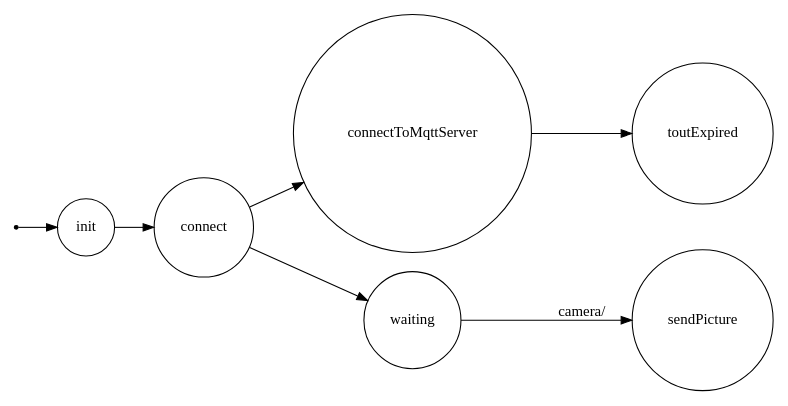
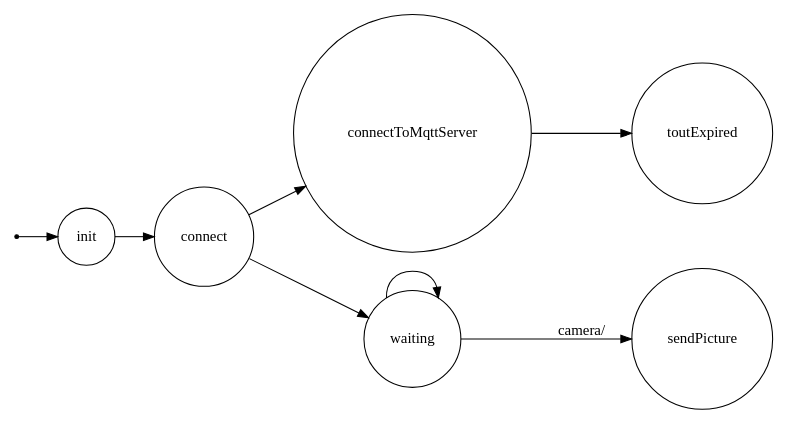
One commit to piercosta/mengoli changed the diagram in src/dist/srcMore/it/unibo/camera/dotFsm.gv. Above: the diagram before and after it, drawn with Graphviz. The commit also changed 50 other files, not shown here.

```diff
--- a/src/dist/srcMore/it/unibo/camera/dotFsm.gv
+++ b/src/dist/srcMore/it/unibo/camera/dotFsm.gv
@@ -1,27 +1,28 @@
 /*
 *
 * A GraphViz DOT FSM description 
 * Please use a GraphViz visualizer (like http://www.webgraphviz.com)
 * 
 * Generated by AM,NC,RM
 *  
 */
  
 digraph finite_state_machine {
   	rankdir=LR;
   	size="8,5"
   	node [shape = point]; iniziale;
   	node [shape = doublecircle]; 
   	node [shape = circle];
   	iniziale -> init [label = ""];
   	
   	
   	init -> connect [ label = ""];
   	
   	connect -> connectToMqttServer [ label = ""];
   	connect -> waiting [ label = ""];
   	
+  	waiting -> waiting [ label = ""];
   	waiting -> sendPicture [ label = "camera/"];
   	
   	connectToMqttServer -> toutExpired [ label = ""];
 }
```
